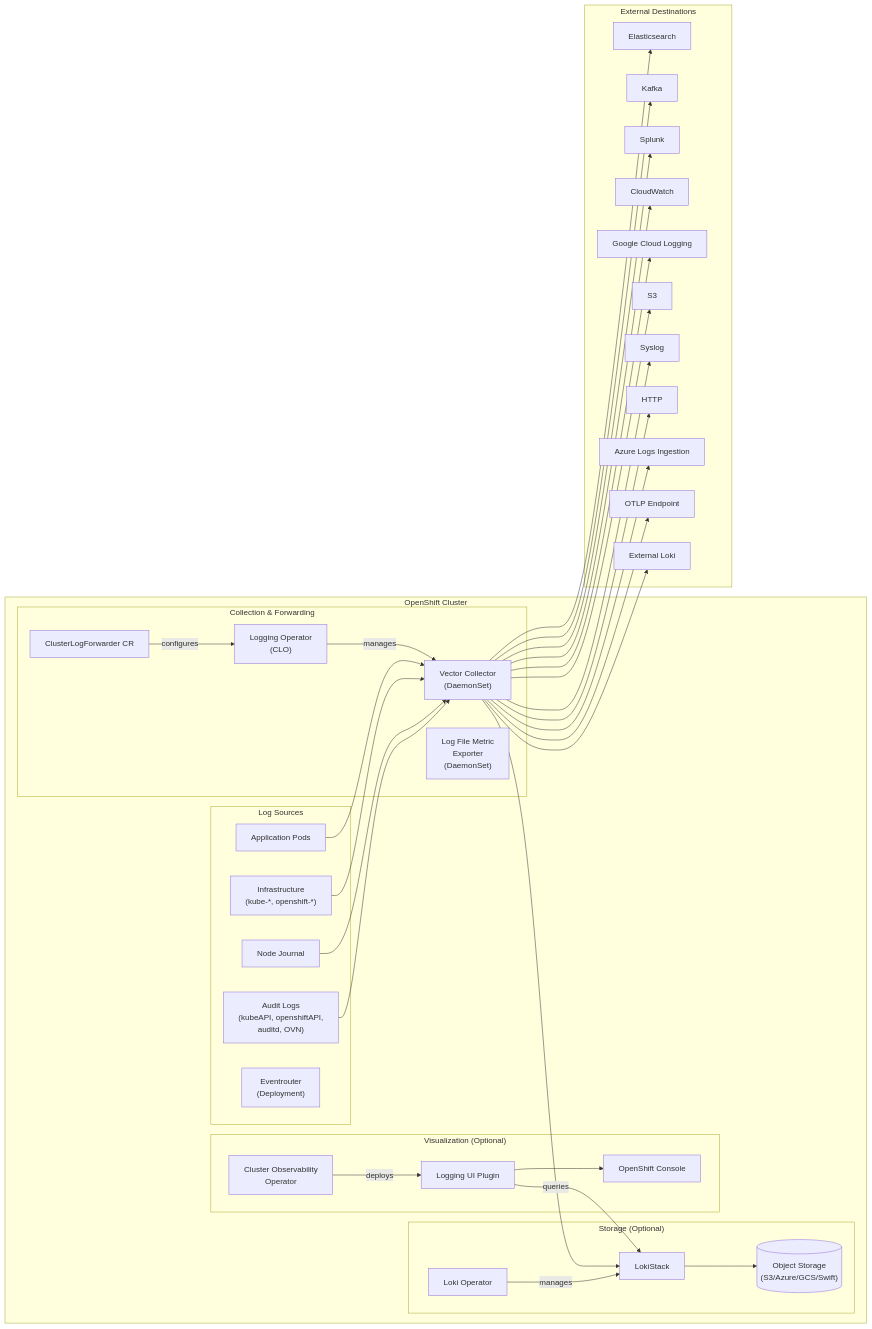
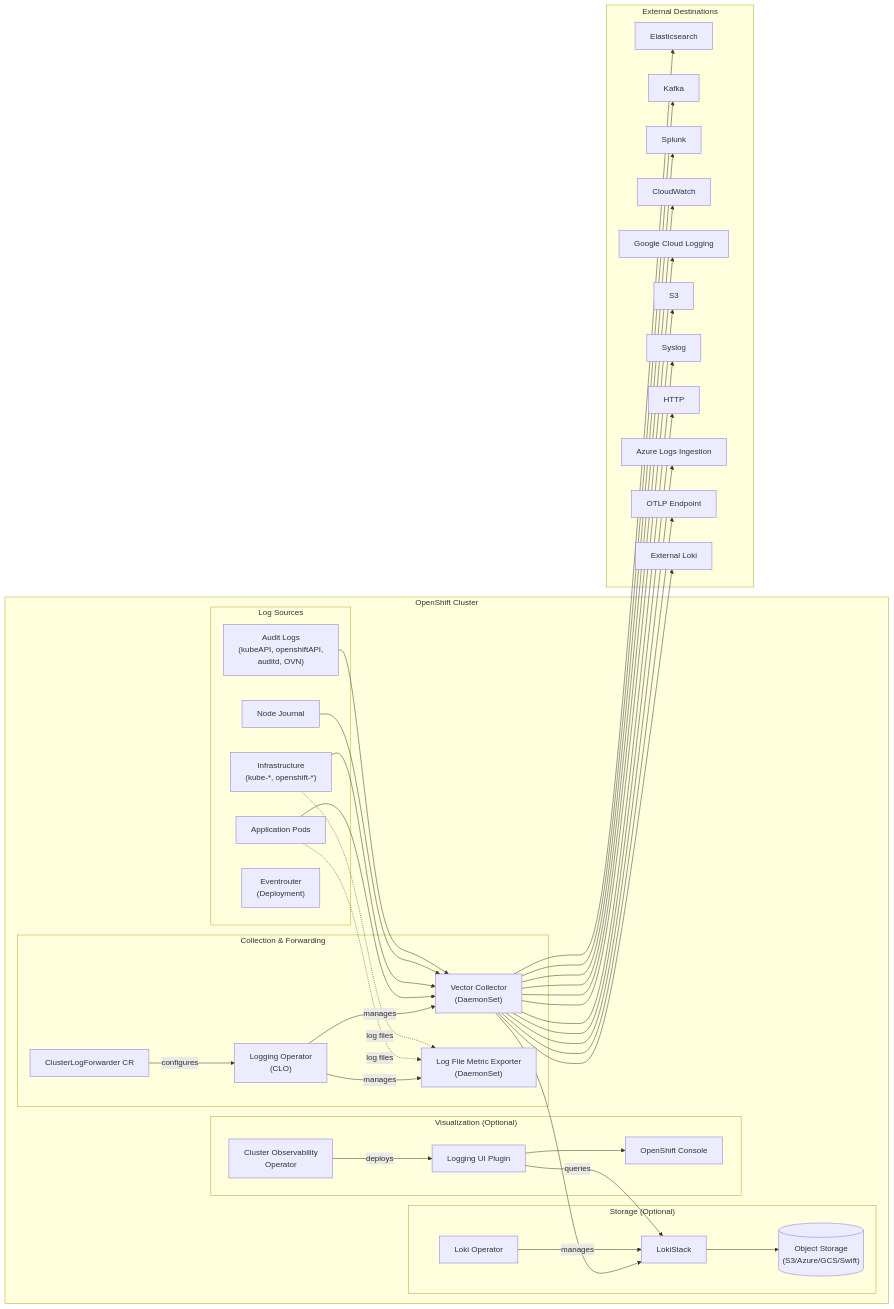
The first of 2 diagrams in ARCHITECTURE.md (rhobs/redhat-openshift-logging-workspace), drawn with Mermaid before and after one commit. The commit also changed other lines of this file and 8 other files, not shown here.

Commit message:
docs(spec): add log-file-metric-exporter component to workspace

````diff
--- a/ARCHITECTURE.md
+++ b/ARCHITECTURE.md
@@ -7,72 +7,75 @@
 ```mermaid
 graph LR
     subgraph "OpenShift Cluster"
         subgraph "Log Sources"
             APP["Application Pods"]
             INFRA["Infrastructure<br/>(kube-*, openshift-*)"]
             JOURNAL["Node Journal"]
             AUDIT["Audit Logs<br/>(kubeAPI, openshiftAPI,<br/>auditd, OVN)"]
             EROUTER["Eventrouter<br/>(Deployment)"]
         end
 
         subgraph "Collection & Forwarding"
             CLO["Logging Operator<br/>(CLO)"]
             CLF["ClusterLogForwarder CR"]
             VECTOR["Vector Collector<br/>(DaemonSet)"]
-            LFME["Log File Metric<br/>Exporter<br/>(DaemonSet)"]
+            LFME["Log File Metric Exporter<br/>(DaemonSet)"]
         end
 
         subgraph "Storage (Optional)"
             LOKIOP["Loki Operator"]
             LOKISTACK["LokiStack"]
             OBJSTORE[("Object Storage<br/>(S3/Azure/GCS/Swift)")]
         end
 
         subgraph "Visualization (Optional)"
             COO["Cluster Observability<br/>Operator"]
             UIPLUGIN["Logging UI Plugin"]
             CONSOLE["OpenShift Console"]
         end
     end
 
     subgraph "External Destinations"
         ES["Elasticsearch"]
         KAFKA["Kafka"]
         SPLUNK["Splunk"]
         CW["CloudWatch"]
         GCL["Google Cloud Logging"]
         S3["S3"]
         SYSLOG["Syslog"]
         HTTP["HTTP"]
         AZURE["Azure Logs Ingestion"]
         OTLP["OTLP Endpoint"]
         EXTLOKI["External Loki"]
     end
 
     CLO -->|"manages"| VECTOR
+    CLO -->|"manages"| LFME
     CLF -->|"configures"| CLO
+    APP -.->|"log files"| LFME
+    INFRA -.->|"log files"| LFME
     APP --> VECTOR
     INFRA --> VECTOR
     JOURNAL --> VECTOR
     AUDIT --> VECTOR
 
     VECTOR --> LOKISTACK
     VECTOR --> ES
     VECTOR --> KAFKA
     VECTOR --> SPLUNK
     VECTOR --> CW
     VECTOR --> GCL
     VECTOR --> S3
     VECTOR --> SYSLOG
     VECTOR --> HTTP
     VECTOR --> AZURE
     VECTOR --> OTLP
     VECTOR --> EXTLOKI
 
     LOKIOP -->|"manages"| LOKISTACK
     LOKISTACK --> OBJSTORE
 
     COO -->|"deploys"| UIPLUGIN
     UIPLUGIN --> CONSOLE
     UIPLUGIN -->|"queries"| LOKISTACK
 ```
````
